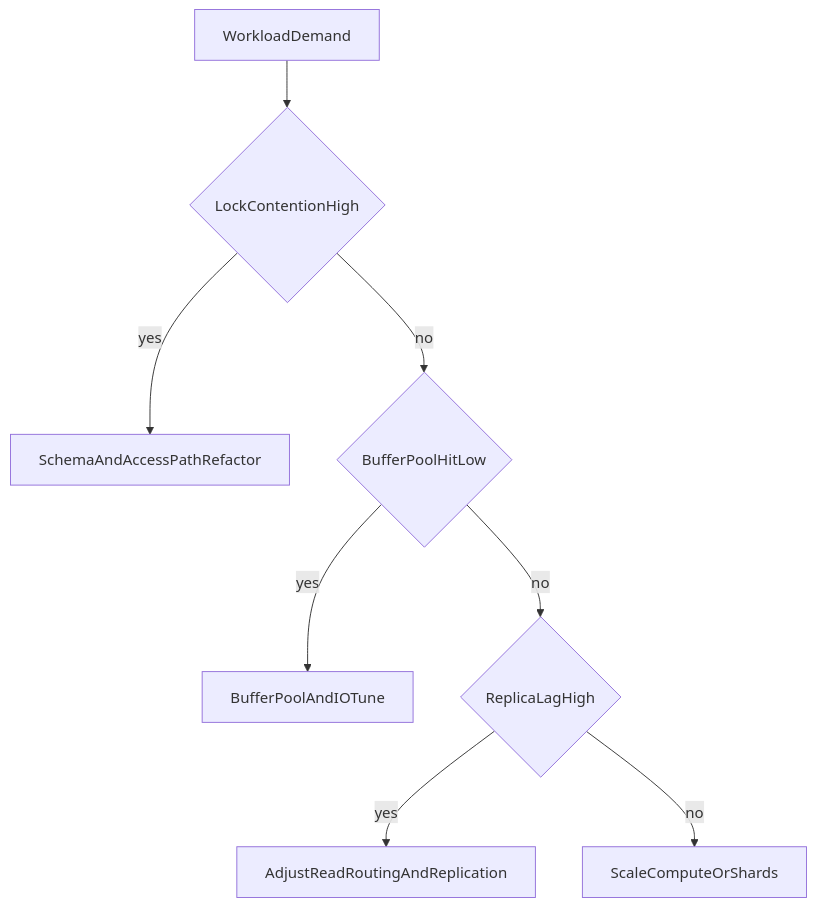
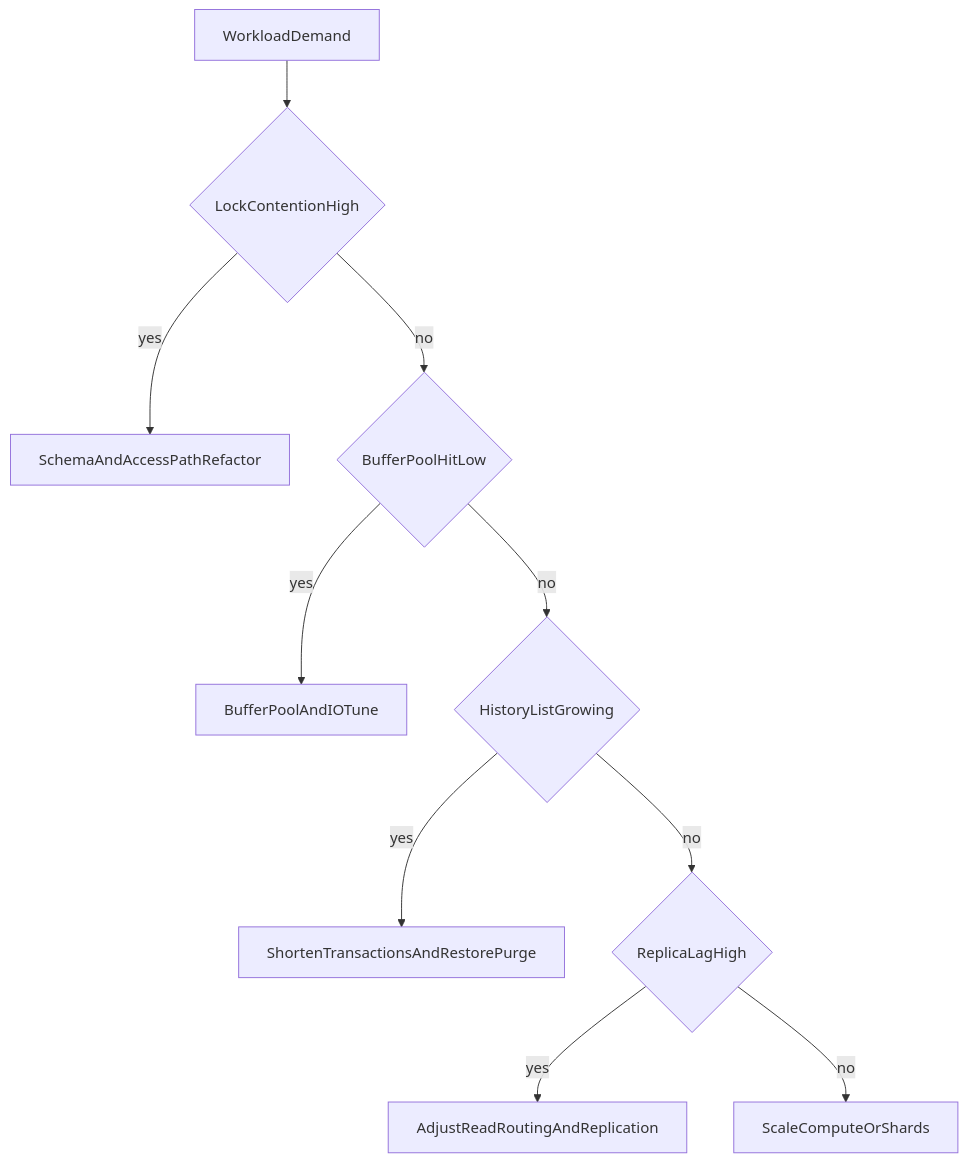
The fourth of 4 diagrams in database/database-masterclass/02-relational-engines/02-mysql-innodb-architecture.md (GabrielAlmeidaFlores/Senior-Software-Architect), drawn with Mermaid before and after one commit. The commit also changed other lines of this file and 7 other files, not shown here.

First line of the commit message:
Add PostgreSQL Deep Dive, MySQL InnoDB Architecture, and Index Internals Entries

````diff
--- a/database/database-masterclass/02-relational-engines/02-mysql-innodb-architecture.md
+++ b/database/database-masterclass/02-relational-engines/02-mysql-innodb-architecture.md
@@ -101,10 +175,12 @@
 ```mermaid
 flowchart TD
     workload[WorkloadDemand] --> lockCheck{LockContentionHigh}
     lockCheck -- yes --> schemaFix[SchemaAndAccessPathRefactor]
     lockCheck -- no --> cacheCheck{BufferPoolHitLow}
     cacheCheck -- yes --> memoryTune[BufferPoolAndIOTune]
-    cacheCheck -- no --> replCheck{ReplicaLagHigh}
+    cacheCheck -- no --> histCheck{HistoryListGrowing}
+    histCheck -- yes --> txHygiene[ShortenTransactionsAndRestorePurge]
+    histCheck -- no --> replCheck{ReplicaLagHigh}
     replCheck -- yes --> readPolicy[AdjustReadRoutingAndReplication]
     replCheck -- no --> capacity[ScaleComputeOrShards]
 ```
````
